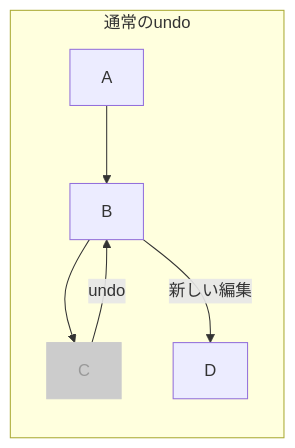
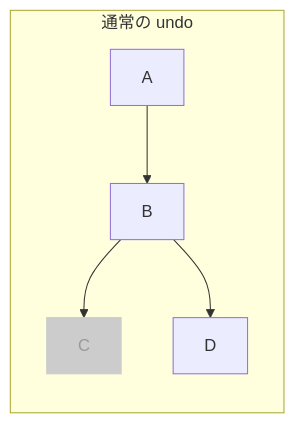
One commit to mmiyaji/vscode-undotree changed the second of 6 diagrams in README_ja.md. Above: the diagram before and after it, drawn with Mermaid. The commit also changed other lines of this file and 10 other files, not shown here.

````diff
--- a/README_ja.md
+++ b/README_ja.md
@@ -99,10 +160,9 @@
 ```mermaid
 graph LR
-  subgraph 通常のundo
-    A1[A] --> B1[B] --> C1[C]
-    C1 -->|undo| B1
-    B1 -->|新しい編集| D1[D]
+  subgraph "通常の undo"
+    A1["A"] --> B1["B"] --> C1["C"]
+    B1 --> D1["D"]
+    classDef lost fill:#ccc,color:#999,stroke:#ccc
     C1:::lost
-    classDef lost fill:#ccc,color:#999,stroke:#ccc
   end
 ```
````
